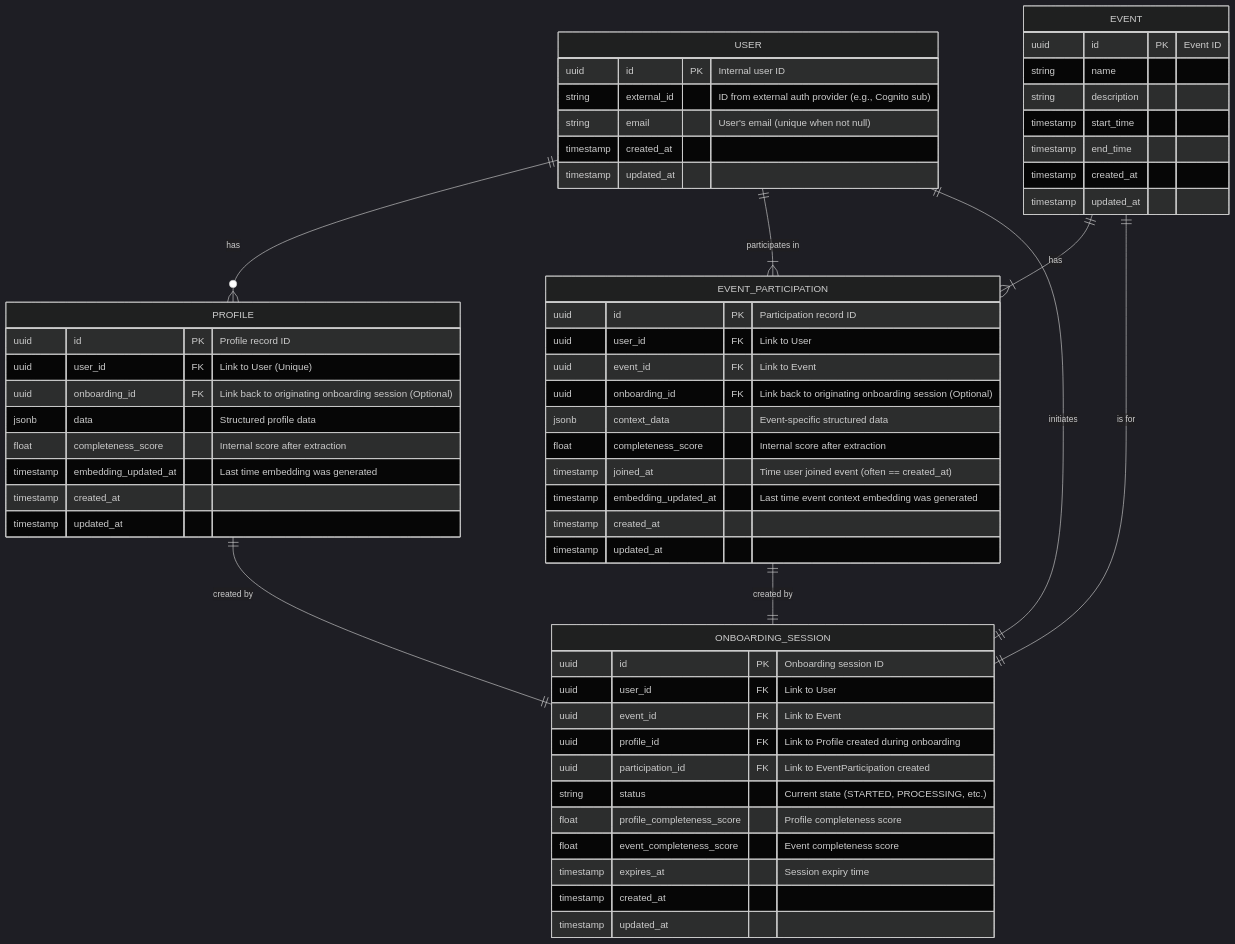
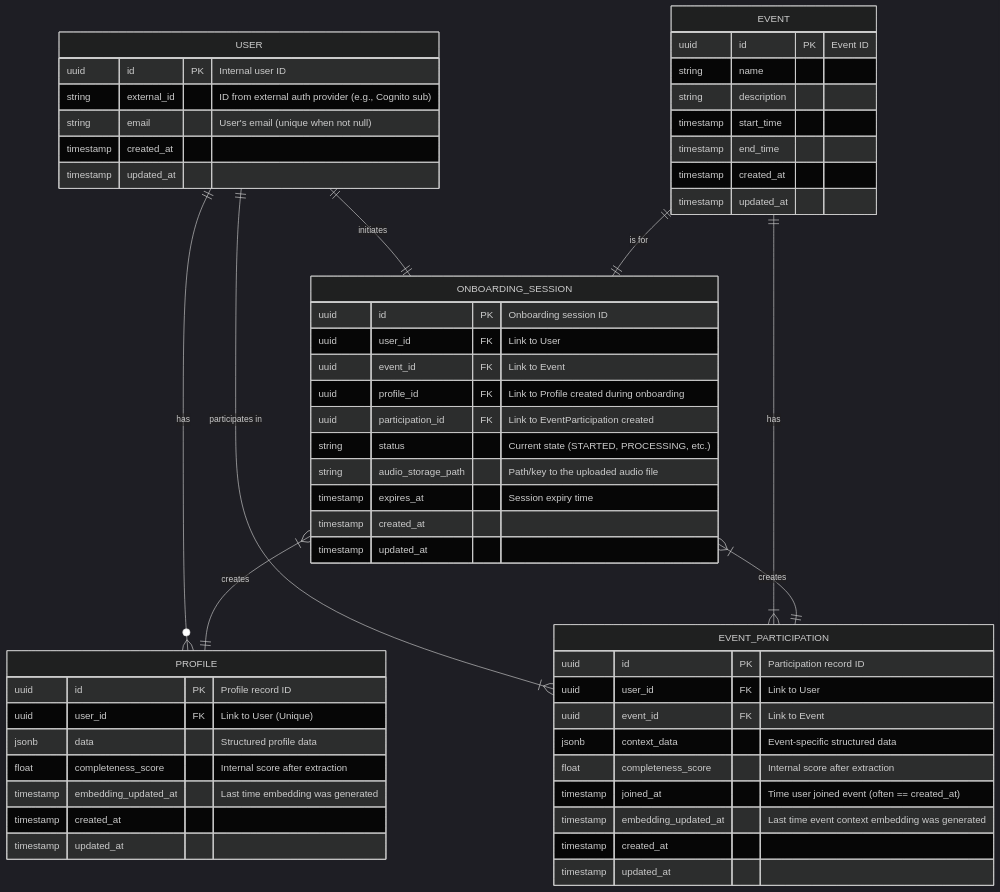
Before and after one commit to kiraistakenlol/narrow-ai-matchmaker: the diagram in docs/diagrams/raw/database_schema.mmd, drawn with Mermaid (dark theme). The commit also changed 28 other files, not shown here.

```diff
--- a/docs/diagrams/raw/database_schema.mmd
+++ b/docs/diagrams/raw/database_schema.mmd
@@ -1,64 +1,61 @@
 erDiagram
     USER {
         uuid id PK "Internal user ID"
         string external_id "ID from external auth provider (e.g., Cognito sub)"
         string email "User's email (unique when not null)"
         timestamp created_at
         timestamp updated_at
     }
 
     ONBOARDING_SESSION {
         uuid id PK "Onboarding session ID"
         uuid user_id FK "Link to User"
         uuid event_id FK "Link to Event"
         uuid profile_id FK "Link to Profile created during onboarding"
         uuid participation_id FK "Link to EventParticipation created"
         string status "Current state (STARTED, PROCESSING, etc.)"
-        float profile_completeness_score "Profile completeness score"
-        float event_completeness_score "Event completeness score"
+        string audio_storage_path "Path/key to the uploaded audio file"
         timestamp expires_at "Session expiry time"
         timestamp created_at
         timestamp updated_at
     }
 
     PROFILE {
         uuid id PK "Profile record ID"
         uuid user_id FK "Link to User (Unique)"
-        uuid onboarding_id FK "Link back to originating onboarding session (Optional)"
         jsonb data "Structured profile data"
         float completeness_score "Internal score after extraction"
         timestamp embedding_updated_at "Last time embedding was generated"
         timestamp created_at
         timestamp updated_at
     }
 
     EVENT {
         uuid id PK "Event ID"
         string name
         string description
         timestamp start_time
         timestamp end_time
         timestamp created_at
         timestamp updated_at
     }
 
     EVENT_PARTICIPATION {
         uuid id PK "Participation record ID"
         uuid user_id FK "Link to User"
         uuid event_id FK "Link to Event"
-        uuid onboarding_id FK "Link back to originating onboarding session (Optional)"
         jsonb context_data "Event-specific structured data"
         float completeness_score "Internal score after extraction"
         timestamp joined_at "Time user joined event (often == created_at)"
         timestamp embedding_updated_at "Last time event context embedding was generated"
         timestamp created_at
         timestamp updated_at
     }
 
     USER ||--o{ PROFILE : "has"
     USER ||--|{ EVENT_PARTICIPATION : "participates in"
     EVENT ||--|{ EVENT_PARTICIPATION : "has"
     USER ||--|| ONBOARDING_SESSION : "initiates"
     EVENT ||--|| ONBOARDING_SESSION : "is for"
-    PROFILE ||--|| ONBOARDING_SESSION : "created by"
-    EVENT_PARTICIPATION ||--|| ONBOARDING_SESSION : "created by" 
+    ONBOARDING_SESSION }|--|| PROFILE : "creates"
+    ONBOARDING_SESSION }|--|| EVENT_PARTICIPATION : "creates"
```
